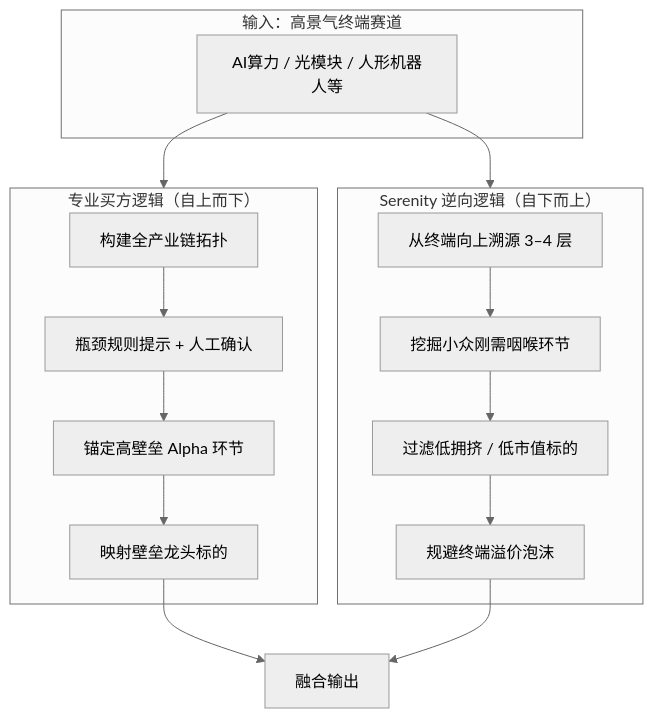
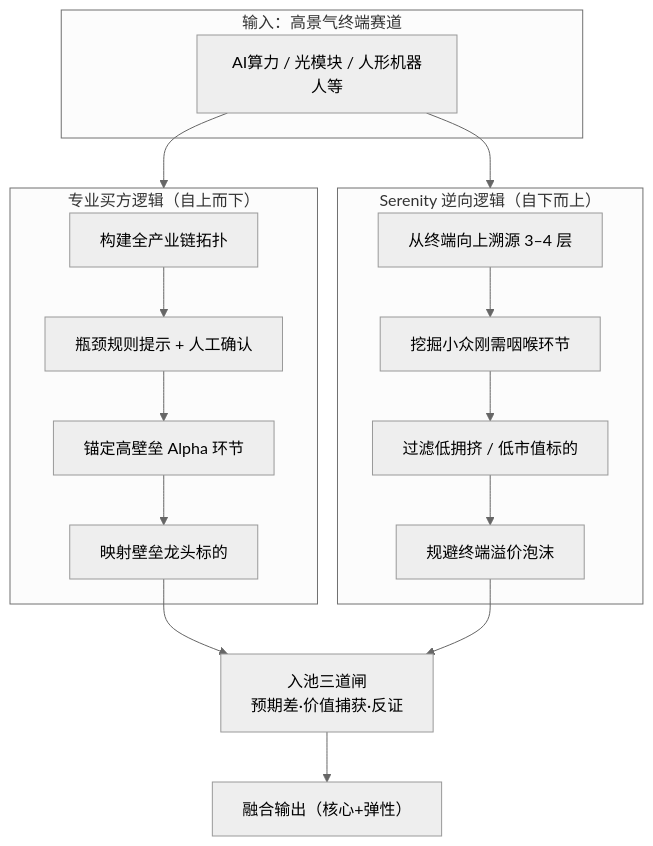
The first of 5 diagrams in docs/DESIGN.md (aliushen3/aistock), drawn with Mermaid (neutral theme) before and after one commit. The commit also changed other lines of this file and 128 other files, not shown here.

````diff
--- a/docs/DESIGN.md
+++ b/docs/DESIGN.md
@@ -126,27 +179,28 @@
 ```mermaid
 flowchart TB
     subgraph Input["输入：高景气终端赛道"]
         T["AI算力 / 光模块 / 人形机器人等"]
     end
 
     subgraph BuySide["专业买方逻辑（自上而下）"]
         B1["构建全产业链拓扑"]
         B2["瓶颈规则提示 + 人工确认"]
         B3["锚定高壁垒 Alpha 环节"]
         B4["映射壁垒龙头标的"]
         B1 --> B2 --> B3 --> B4
     end
 
     subgraph Serenity["Serenity 逆向逻辑（自下而上）"]
         S1["从终端向上溯源 3–4 层"]
         S2["挖掘小众刚需咽喉环节"]
         S3["过滤低拥挤 / 低市值标的"]
         S4["规避终端溢价泡沫"]
         S1 --> S2 --> S3 --> S4
     end
 
     T --> BuySide
     T --> Serenity
-    B4 --> Fusion["融合输出"]
-    S4 --> Fusion
+    B4 --> Gate["入池三道闸<br/>预期差·价值捕获·反证"]
+    S4 --> Gate
+    Gate --> Fusion["融合输出（核心+弹性）"]
 ```
````
